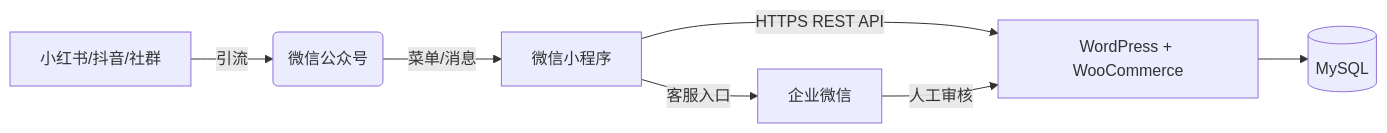
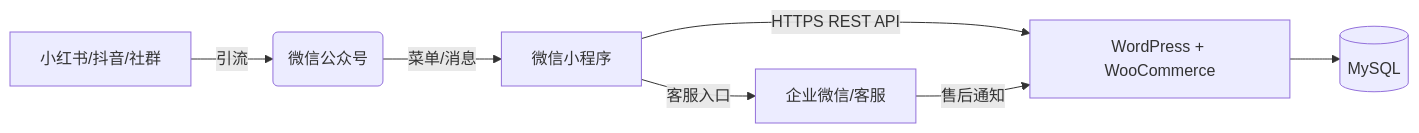
One commit to HaoranTong/agri-ecommerce-miniprogram changed the diagram in docs/01_功能规格及技术架构说明书_v1.0.md. Above: the diagram before and after it, drawn with Mermaid. The commit also changed other lines of this file and 18 other files, not shown here.

Commit message:
feat: return flow ui and docs sync

````diff
--- a/docs/01_功能规格及技术架构说明书_v1.0.md
+++ b/docs/01_功能规格及技术架构说明书_v1.0.md
@@ -13,9 +13,9 @@
 ```mermaid
 graph LR
     A[小红书/抖音/社群] -->|引流| B(微信公众号)
     B -->|菜单/消息| C[微信小程序]
     C -->|HTTPS REST API| D[WordPress + WooCommerce]
     D --> E[(MySQL)]
-    C -->|客服入口| F[企业微信]
-    F -->|人工审核| D
+    C -->|客服入口| F[企业微信/客服]
+    F -->|售后通知| D
 ```
````
